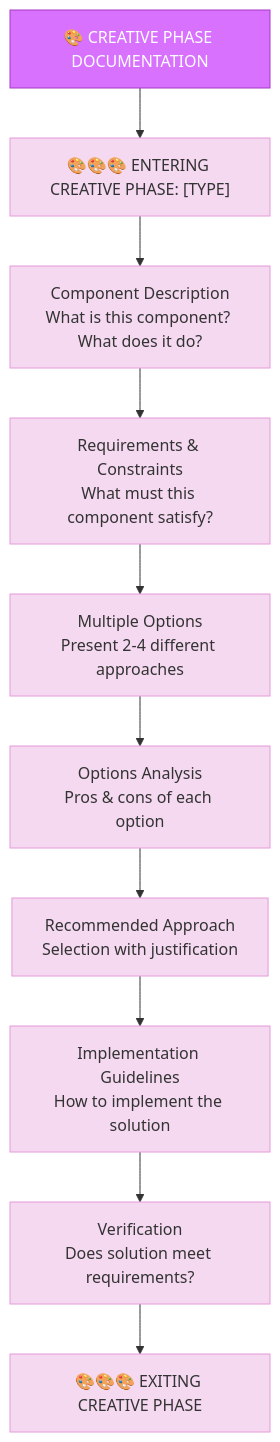
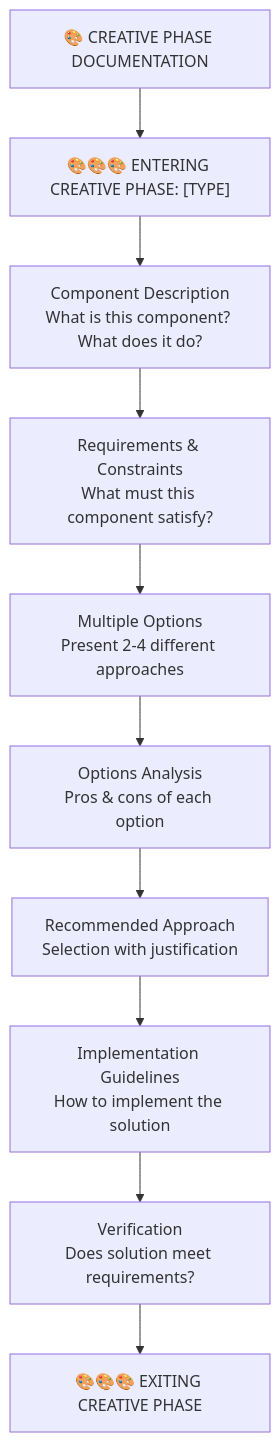
Before and after one commit to yws-coder123/trae-memory-bank: the fifth of 6 diagrams in custom_modes/creative_instructions.md, drawn with Mermaid. The commit also changed other lines of this file and 2 other files, not shown here.

````diff
--- a/custom_modes/creative_instructions.md
+++ b/custom_modes/creative_instructions.md
@@ -232,23 +189,12 @@
 ```mermaid
 graph TD
     CPD["🎨 CREATIVE PHASE DOCUMENTATION"] --> Entry["🎨🎨🎨 ENTERING CREATIVE PHASE: [TYPE]"]
     Entry --> Desc["Component Description<br>What is this component? What does it do?"]
     Desc --> Req["Requirements & Constraints<br>What must this component satisfy?"]
     Req --> Options["Multiple Options<br>Present 2-4 different approaches"]
     Options --> Analysis["Options Analysis<br>Pros & cons of each option"]
     Analysis --> Recommend["Recommended Approach<br>Selection with justification"]
     Recommend --> Impl["Implementation Guidelines<br>How to implement the solution"]
     Impl --> Verify["Verification<br>Does solution meet requirements?"] 
     Verify --> Exit["🎨🎨🎨 EXITING CREATIVE PHASE"]
-    
-    style CPD fill:#d971ff,stroke:#a33bc2,color:white
-    style Entry fill:#f5d9f0,stroke:#e699d9
-    style Desc fill:#f5d9f0,stroke:#e699d9
-    style Req fill:#f5d9f0,stroke:#e699d9
-    style Options fill:#f5d9f0,stroke:#e699d9
-    style Analysis fill:#f5d9f0,stroke:#e699d9
-    style Recommend fill:#f5d9f0,stroke:#e699d9
-    style Impl fill:#f5d9f0,stroke:#e699d9
-    style Verify fill:#f5d9f0,stroke:#e699d9
-    style Exit fill:#f5d9f0,stroke:#e699d9
 ```
````
